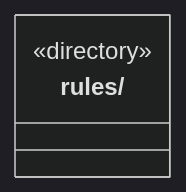
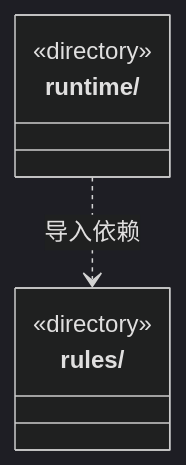
Before and after one commit to nan023062/cbim: the diagram in src/logic/evidence/ARCHITECTURE.md, drawn with Mermaid (dark theme). The commit also changed other lines of this file and 456 other files, not shown here.

````diff
--- a/src/logic/evidence/ARCHITECTURE.md
+++ b/src/logic/evidence/ARCHITECTURE.md
@@ -15,6 +15,10 @@
 ```mermaid
 classDiagram
 class N_src_logic_evidence_rules["rules/"] {
   <<directory>>
 }
+class N_src_logic_evidence_runtime["runtime/"] {
+  <<directory>>
+}
+N_src_logic_evidence_runtime ..> N_src_logic_evidence_rules : 导入依赖
 ```
````
